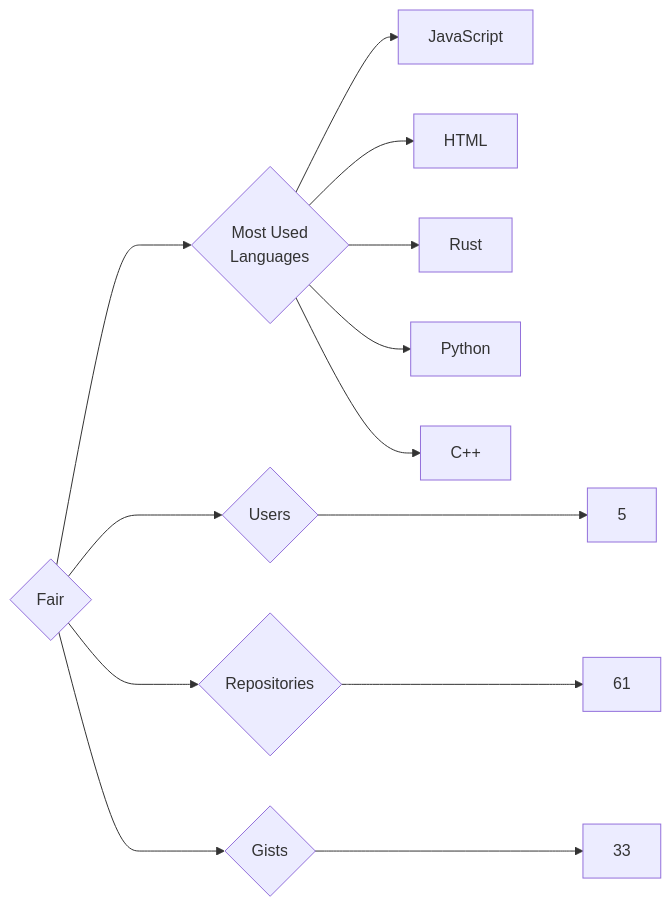
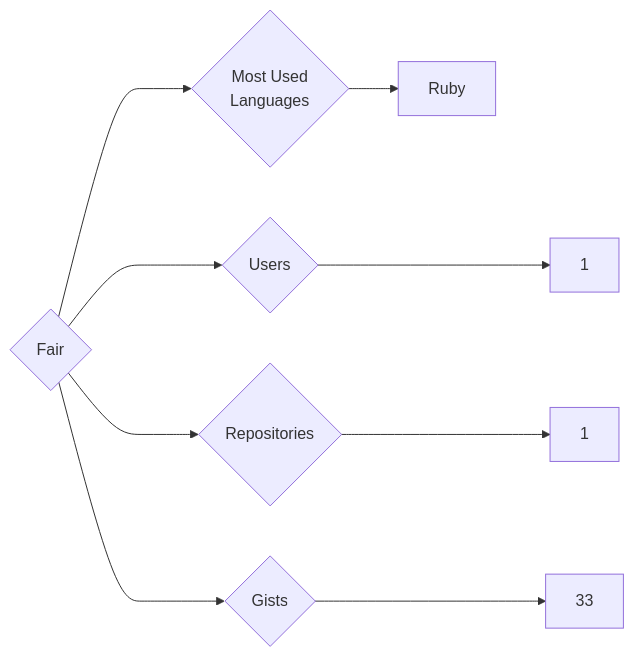
Before and after one commit to trickest/insiders: the diagram in targets/Fair/README.md, drawn with Mermaid. The commit also changed 874 other files, not shown here.

````diff
--- a/targets/Fair/README.md
+++ b/targets/Fair/README.md
@@ -3,13 +3,9 @@
 ```mermaid
 graph LR
 COMPANY_NAME{Fair}
-COMPANY_NAME ---> U{Users} ---> UN[5]
-COMPANY_NAME ---> R{Repositories} ---> RN[61]
+COMPANY_NAME ---> U{Users} ---> UN[1]
+COMPANY_NAME ---> R{Repositories} ---> RN[1]
 COMPANY_NAME ---> G{Gists} ---> GN[33]
 COMPANY_NAME ---> ML{Most Used<br>Languages}
-ML --> JavaScript[JavaScript]
-ML --> HTML[HTML]
-ML --> Rust[Rust]
-ML --> Python[Python]
-ML --> C++[C++]
+ML --> Ruby[Ruby]
 ```
````
